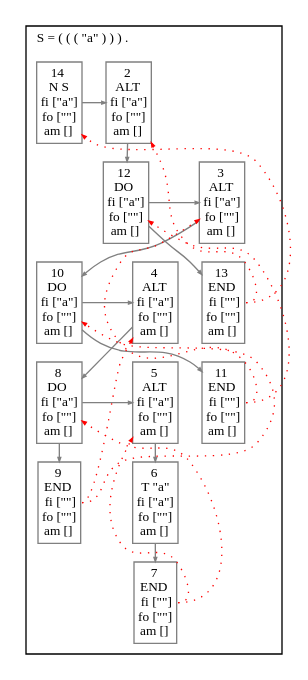
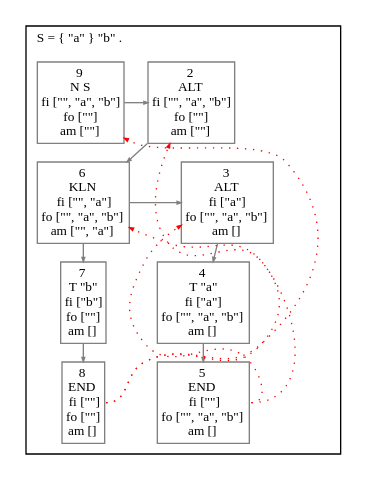
The diagram in ART.gv (JanWillemBrands/AoC2021), drawn with Graphviz before and after one commit. The commit also changed 6 other files, not shown here.

```diff
--- a/ART.gv
+++ b/ART.gv
@@ -1,46 +1,32 @@
 digraph G {
   fontname = Menlo
   fontsize = 10
   node [fontname = Menlo, fontsize = 10, color = gray, height = 0, width = 0, margin= 0.04]
   edge [fontname = Menlo, fontsize = 10, color = gray, arrowsize = 0.3]
   graph [ordering = out, ranksep = 0.2]
   rankdir = "TB"
   subgraph clusterS {
     node [shape = box]
-    label = <S = ( ( ( "a" ) ) ) .>
+    label = <S = { "a" } "b" .>
     labeljust = l
-    14 [label = <14<br/>N S<br/>fi ["a"]<br/>fo [""]<br/>am []>]
-    14 -> 2 {rank = same; 14; 2;}
-    2 [label = <2<br/>ALT <br/>fi ["a"]<br/>fo [""]<br/>am []>]
-    2 -> 12 [weight=100]
-    12 [label = <12<br/>DO <br/>fi ["a"]<br/>fo [""]<br/>am []>]
-    12 -> 3 {rank = same; 12; 3;}
-    3 [label = <3<br/>ALT <br/>fi ["a"]<br/>fo [""]<br/>am []>]
-    3 -> 10 [weight=100]
-    10 [label = <10<br/>DO <br/>fi ["a"]<br/>fo [""]<br/>am []>]
-    10 -> 4 {rank = same; 10; 4;}
-    4 [label = <4<br/>ALT <br/>fi ["a"]<br/>fo [""]<br/>am []>]
-    4 -> 8 [weight=100]
-    8 [label = <8<br/>DO <br/>fi ["a"]<br/>fo [""]<br/>am []>]
-    8 -> 5 {rank = same; 8; 5;}
-    5 [label = <5<br/>ALT <br/>fi ["a"]<br/>fo [""]<br/>am []>]
-    5 -> 6 [weight=100]
-    6 [label = <6<br/>T "a"<br/>fi ["a"]<br/>fo [""]<br/>am []>]
+    9 [label = <9<br/>N S<br/>fi ["", "a", "b"]<br/>fo [""]<br/>am [""]>]
+    9 -> 2 {rank = same; 9; 2;}
+    2 [label = <2<br/>ALT <br/>fi ["", "a", "b"]<br/>fo [""]<br/>am [""]>]
+    2 -> 6 [weight=100]
+    6 [label = <6<br/>KLN <br/>fi ["", "a"]<br/>fo ["", "a", "b"]<br/>am ["", "a"]>]
+    6 -> 3 {rank = same; 6; 3;}
+    3 [label = <3<br/>ALT <br/>fi ["a"]<br/>fo ["", "a", "b"]<br/>am []>]
+    3 -> 4 [weight=100]
+    4 [label = <4<br/>T "a"<br/>fi ["a"]<br/>fo ["", "a", "b"]<br/>am []>]
+    4 -> 5 [weight=100]
+    5 [label = <5<br/>END <br/>fi [""]<br/>fo ["", "a", "b"]<br/>am []>]
     6 -> 7 [weight=100]
-    7 [label = <7<br/>END <br/>fi [""]<br/>fo [""]<br/>am []>]
-    8 -> 9 [weight=100]
-    9 [label = <9<br/>END <br/>fi [""]<br/>fo [""]<br/>am []>]
-    10 -> 11 [weight=100]
-    11 [label = <11<br/>END <br/>fi [""]<br/>fo [""]<br/>am []>]
-    12 -> 13 [weight=100]
-    13 [label = <13<br/>END <br/>fi [""]<br/>fo [""]<br/>am []>]
+    7 [label = <7<br/>T "b"<br/>fi ["b"]<br/>fo [""]<br/>am []>]
+    7 -> 8 [weight=100]
+    8 [label = <8<br/>END <br/>fi [""]<br/>fo [""]<br/>am []>]
   }
-  7:e -> 5 [style = dotted, color = red, constraint = false]
-  7:e -> 8 [style = dotted, color = red, constraint = false]
-  9:e -> 4 [style = dotted, color = red, constraint = false]
-  9:e -> 10 [style = dotted, color = red, constraint = false]
-  11:e -> 3 [style = dotted, color = red, constraint = false]
-  11:e -> 12 [style = dotted, color = red, constraint = false]
-  13:e -> 2 [style = dotted, color = red, constraint = false]
-  13:e -> 14 [style = dotted, color = red, constraint = false]
+  5:e -> 3 [style = dotted, color = red, constraint = false]
+  5:e -> 6 [style = dotted, color = red, constraint = false]
+  8:e -> 2 [style = dotted, color = red, constraint = false]
+  8:e -> 9 [style = dotted, color = red, constraint = false]
 }
```
